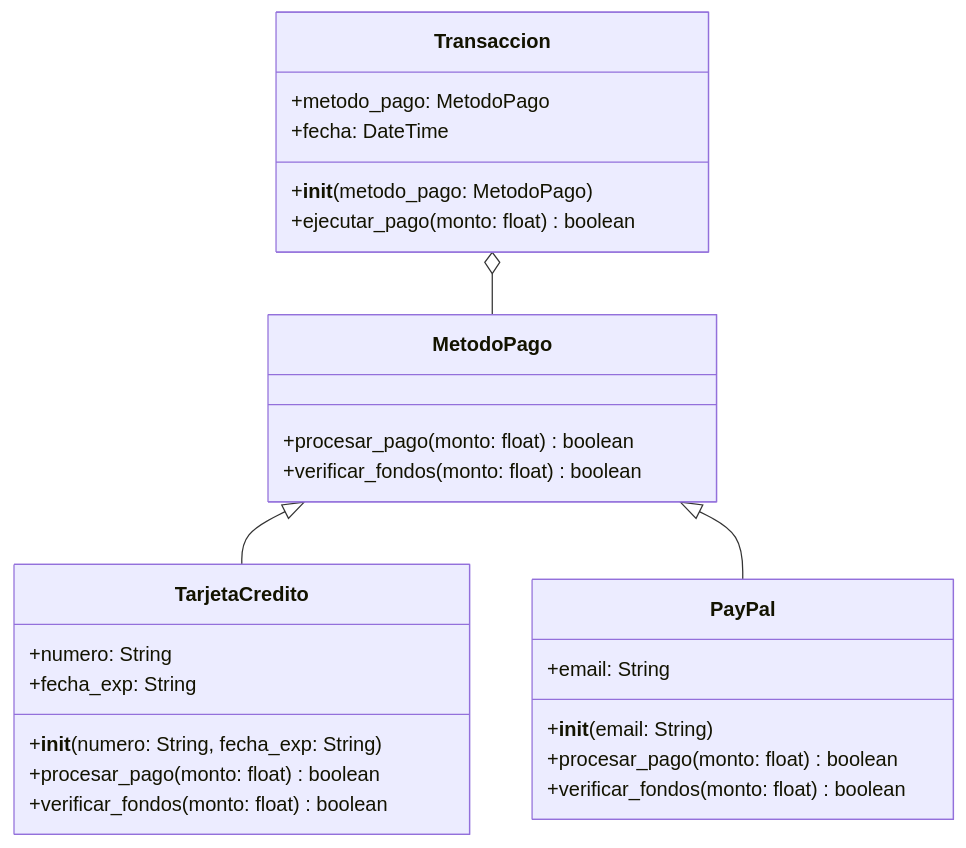
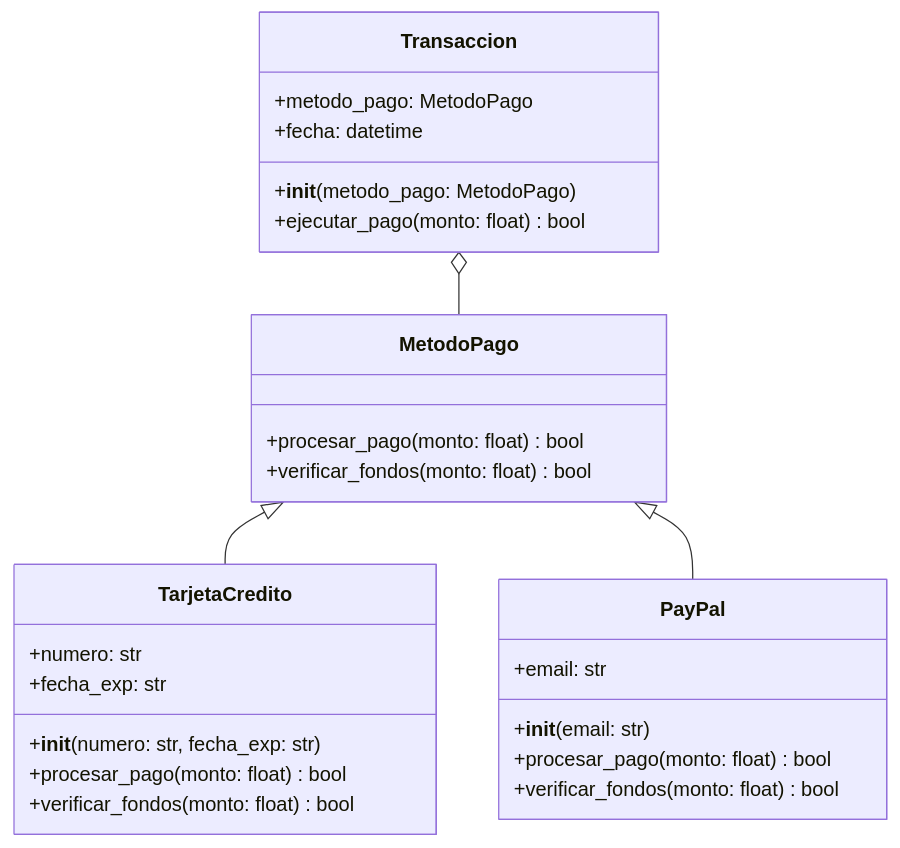
Before and after one commit to SantiFalcon59/AOO: the second of 2 diagrams in 1-02-Concepto_y_aplicacion_de_la_abstraccion_en_POO.md, drawn with Mermaid.

Commit message:
modif tipos

````diff
--- a/1-02-Concepto_y_aplicacion_de_la_abstraccion_en_POO.md
+++ b/1-02-Concepto_y_aplicacion_de_la_abstraccion_en_POO.md
@@ -125,33 +125,33 @@
 ```mermaid
 classDiagram
     class MetodoPago {
-        +procesar_pago(monto: float) boolean
-        +verificar_fondos(monto: float) boolean
+        +procesar_pago(monto: float) bool
+        +verificar_fondos(monto: float) bool
     }
 
     class TarjetaCredito {
-        +numero: String
-        +fecha_exp: String
-        +__init__(numero: String, fecha_exp: String)
-        +procesar_pago(monto: float) boolean
-        +verificar_fondos(monto: float) boolean
+        +numero: str
+        +fecha_exp: str
+        +__init__(numero: str, fecha_exp: str)
+        +procesar_pago(monto: float) bool
+        +verificar_fondos(monto: float) bool
     }
 
     class PayPal {
-        +email: String
-        +__init__(email: String)
-        +procesar_pago(monto: float) boolean
-        +verificar_fondos(monto: float) boolean
+        +email: str
+        +__init__(email: str)
+        +procesar_pago(monto: float) bool
+        +verificar_fondos(monto: float) bool
     }
 
     class Transaccion {
         +metodo_pago: MetodoPago
-        +fecha: DateTime
+        +fecha: datetime
         +__init__(metodo_pago: MetodoPago)
-        +ejecutar_pago(monto: float) boolean
+        +ejecutar_pago(monto: float) bool
     }
 
     MetodoPago <|-- TarjetaCredito
     MetodoPago <|-- PayPal
     Transaccion o-- MetodoPago
 ```
````
